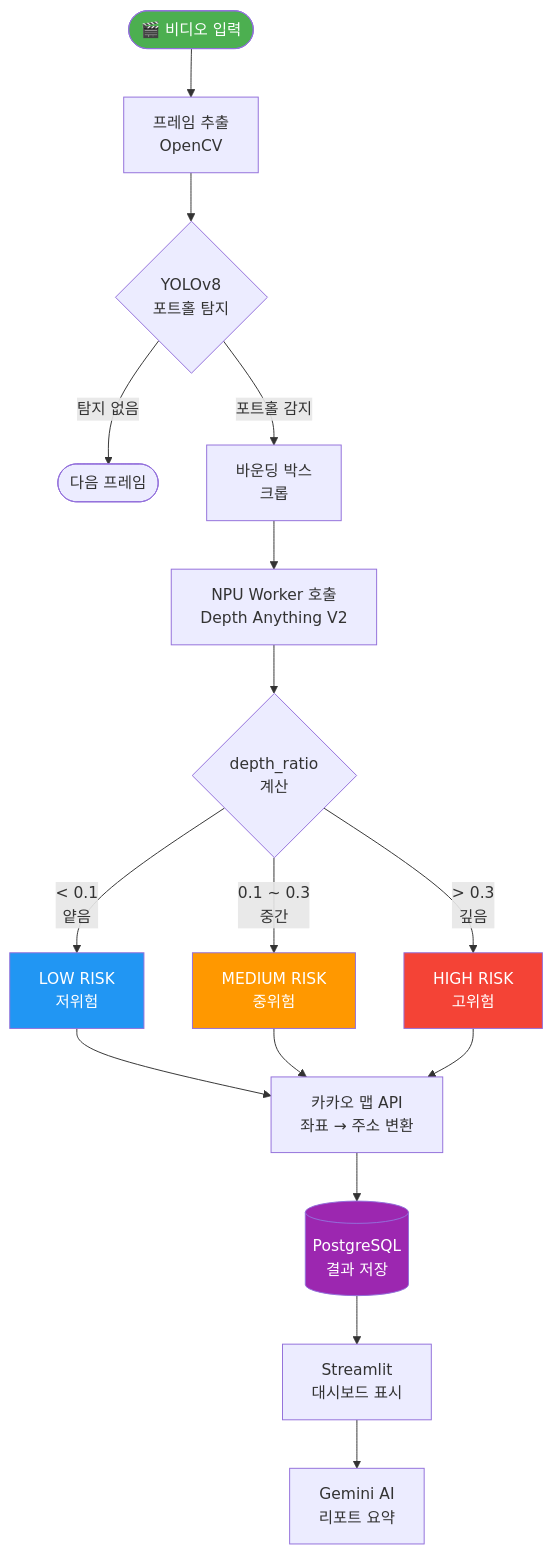
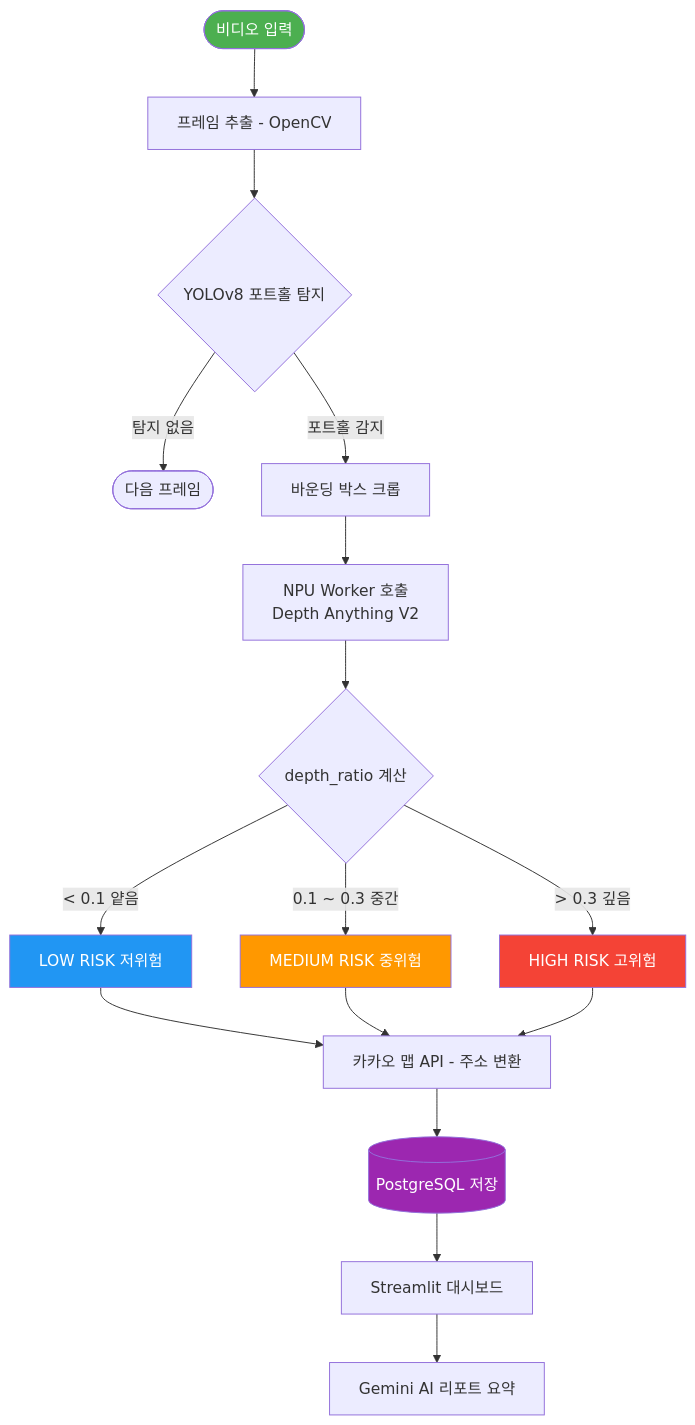
One commit to 2101070-LJI/pothole-detection-system changed the second of 5 diagrams in README.md. Above: the diagram before and after it, drawn with Mermaid. The commit also changed other lines of this file and 29 other files, not shown here.

First line of the commit message:
Clean up md files and fix mermaid diagrams

````diff
--- a/README.md
+++ b/README.md
@@ -99,24 +93,24 @@
 ```mermaid
 flowchart TD
-    A([🎬 비디오 입력]) --> B[프레임 추출\nOpenCV]
-    B --> C{YOLOv8\n포트홀 탐지}
+    A([비디오 입력]) --> B[프레임 추출 - OpenCV]
+    B --> C{YOLOv8 포트홀 탐지}
     C -->|탐지 없음| D([다음 프레임])
-    C -->|포트홀 감지| E[바운딩 박스\n크롭]
+    C -->|포트홀 감지| E[바운딩 박스 크롭]
     E --> F[NPU Worker 호출\nDepth Anything V2]
-    F --> G{depth_ratio\n계산}
-    G -->|< 0.1\n얕음| H[LOW RISK\n저위험]
-    G -->|0.1 ~ 0.3\n중간| I[MEDIUM RISK\n중위험]
-    G -->|> 0.3\n깊음| J[HIGH RISK\n고위험]
-    H --> K[카카오 맵 API\n좌표 → 주소 변환]
+    F --> G{depth_ratio 계산}
+    G -->|"< 0.1 얕음"| H[LOW RISK 저위험]
+    G -->|"0.1 ~ 0.3 중간"| I[MEDIUM RISK 중위험]
+    G -->|"> 0.3 깊음"| J[HIGH RISK 고위험]
+    H --> K[카카오 맵 API - 주소 변환]
     I --> K
     J --> K
-    K --> L[(PostgreSQL\n결과 저장)]
-    L --> M[Streamlit\n대시보드 표시]
-    M --> N[Gemini AI\n리포트 요약]
+    K --> L[(PostgreSQL 저장)]
+    L --> M[Streamlit 대시보드]
+    M --> N[Gemini AI 리포트 요약]
 
     style A fill:#4CAF50,color:#fff
     style J fill:#f44336,color:#fff
     style I fill:#FF9800,color:#fff
     style H fill:#2196F3,color:#fff
     style L fill:#9C27B0,color:#fff
 ```
````
